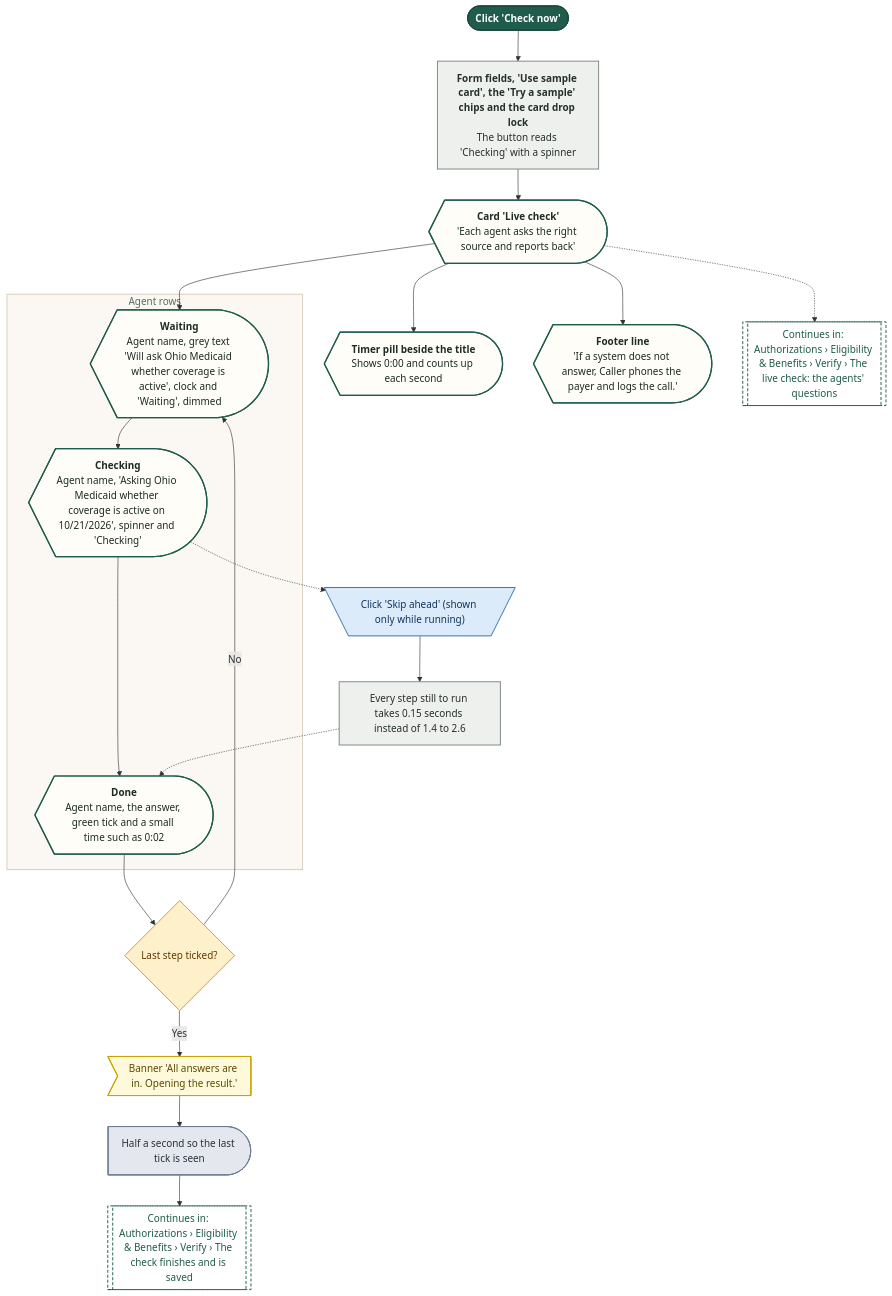
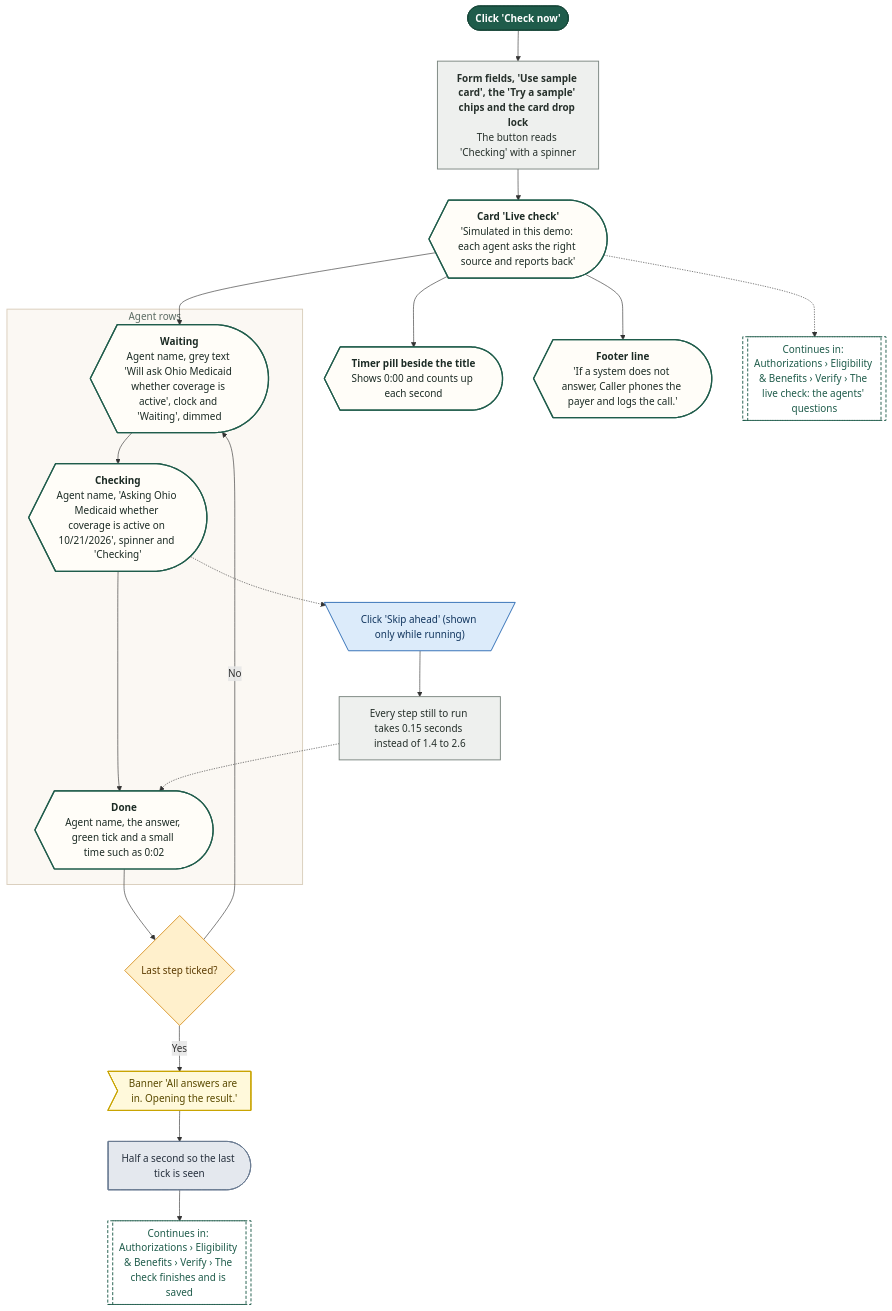
Before and after one commit to Shrav143/psyfloapp: the eighth of 22 diagrams in demos/prior-auth-demo/workflows/out/md/05-eligibility.md, drawn with Mermaid. The commit also changed other lines of this file and 192 other files, not shown here.

First line of the commit message:
docs: changelog by sidebar tab; README, diagrams and Settings layout aligned with the refinement; shared InfoTip; referral cost-share line

````diff
--- a/demos/prior-auth-demo/workflows/out/md/05-eligibility.md
+++ b/demos/prior-auth-demo/workflows/out/md/05-eligibility.md
@@ -508,56 +571,56 @@
 ```mermaid
 %%{init: {"theme":"base","themeVariables":{"fontFamily":"'DM Sans', 'Segoe UI', system-ui, sans-serif","fontSize":"15px","lineColor":"#5B6B63","primaryTextColor":"#1C2B25","clusterBkg":"#FBF8F3","clusterBorder":"#D9CDBB","edgeLabelBackground":"#FFFFFF"},"flowchart":{"curve":"basis","nodeSpacing":36,"rankSpacing":48,"padding":12,"htmlLabels":true,"useMaxWidth":false,"wrappingWidth":230}} }%%
 flowchart TD
   classDef k_start fill:#1F5C4B,stroke:#174638,color:#FFFFFF,stroke-width:1.5px,font-weight:600
   classDef k_end fill:#DDEFE3,stroke:#2E7D4F,color:#14502F,stroke-width:1.5px,font-weight:600
   classDef k_endx fill:#FBE3E0,stroke:#C0392B,color:#7A1F16,stroke-width:1.5px,font-weight:600
   classDef k_screen fill:#FFFDF8,stroke:#1F5C4B,color:#1C2B25,stroke-width:2px
   classDef k_overlay fill:#F1F7F3,stroke:#1F5C4B,color:#1C2B25,stroke-width:2px,stroke-dasharray:5 3
   classDef k_click fill:#DCEBFA,stroke:#2F6DB5,color:#12365F,stroke-width:1.5px
   classDef k_input fill:#E4E7FF,stroke:#4C5FD5,color:#1D2670,stroke-width:1.5px
   classDef k_process fill:#EEF0EE,stroke:#7A857F,color:#26302B,stroke-width:1.5px
   classDef k_agent fill:#EEE5FA,stroke:#7A4FC2,color:#341A63,stroke-width:1.5px
   classDef k_decision fill:#FFF0CC,stroke:#D9962B,color:#5C3B00,stroke-width:1.5px
   classDef k_store fill:#D5F0EA,stroke:#1C8E7B,color:#0B4A3F,stroke-width:1.5px
   classDef k_doc fill:#F6E9DC,stroke:#B07A4C,color:#4A2E14,stroke-width:1.5px
   classDef k_ext fill:#FFE6D2,stroke:#E07B39,color:#6B2F06,stroke-width:1.5px
   classDef k_wait fill:#E4E8EE,stroke:#6B7C93,color:#26303D,stroke-width:1.5px
   classDef k_toast fill:#FFF9DB,stroke:#C9A400,color:#5A4A00,stroke-width:1.5px
   classDef k_goto fill:#FFFFFF,stroke:#1F5C4B,color:#1F5C4B,stroke-width:1.5px,stroke-dasharray:5 3
   s1@{ shape: stadium, label: "Click 'Check now'" }
   p1@{ shape: rect, label: "<b>Form fields, 'Use sample card', the 'Try a sample' chips and the card drop lock</b><br/>The button reads 'Checking' with a spinner" }
-  sc@{ shape: curv-trap, label: "<b>Card 'Live check'</b><br/>'Each agent asks the right source and reports back'" }
+  sc@{ shape: curv-trap, label: "<b>Card 'Live check'</b><br/>'Simulated in this demo: each agent asks the right source and reports back'" }
   subgraph gRows ["Agent rows"]
   r1@{ shape: curv-trap, label: "<b>Waiting</b><br/>Agent name, grey text 'Will ask Ohio Medicaid whether coverage is active', clock and 'Waiting', dimmed" }
   r2@{ shape: curv-trap, label: "<b>Checking</b><br/>Agent name, 'Asking Ohio Medicaid whether coverage is active on 10/21/2026', spinner and 'Checking'" }
   r3@{ shape: curv-trap, label: "<b>Done</b><br/>Agent name, the answer, green tick and a small time such as 0:02" }
   end
   tm@{ shape: curv-trap, label: "<b>Timer pill beside the title</b><br/>Shows 0:00 and counts up each second" }
   k1@{ shape: trap-t, label: "Click 'Skip ahead' (shown only while running)" }
   p2@{ shape: rect, label: "Every step still to run takes 0.15 seconds instead of 1.4 to 2.6" }
   q1@{ shape: diam, label: "Last step ticked?" }
   t1@{ shape: odd, label: "Banner 'All answers are in. Opening the result.'" }
   w1@{ shape: delay, label: "Half a second so the last tick is seen" }
   ft@{ shape: curv-trap, label: "<b>Footer line</b><br/>'If a system does not answer, Caller phones the payer and logs the call.'" }
   g1@{ shape: subproc, label: "Continues in: Authorizations › Eligibility & Benefits › Verify › The live check: the agents' questions" }
   g2@{ shape: subproc, label: "Continues in: Authorizations › Eligibility & Benefits › Verify › The check finishes and is saved" }
   s1 --> p1 --> sc
   sc --> r1
   r1 --> r2 --> r3
   sc --> tm
   sc --> ft
   sc -.-> g1
   r3 --> q1
   q1 -->|"No"| r1
   q1 -->|"Yes"| t1 --> w1 --> g2
   r2 -.-> k1 --> p2 -.-> r3
   class s1 k_start
   class p1,p2 k_process
   class sc,r1,r2,r3,tm,ft k_screen
   class k1 k_click
   class q1 k_decision
   class t1 k_toast
   class w1 k_wait
   class g1,g2 k_goto
   style gRows fill:#FBF8F3,stroke:#D9CDBB,stroke-width:1.5px,color:#5B6B63
 ```
````
